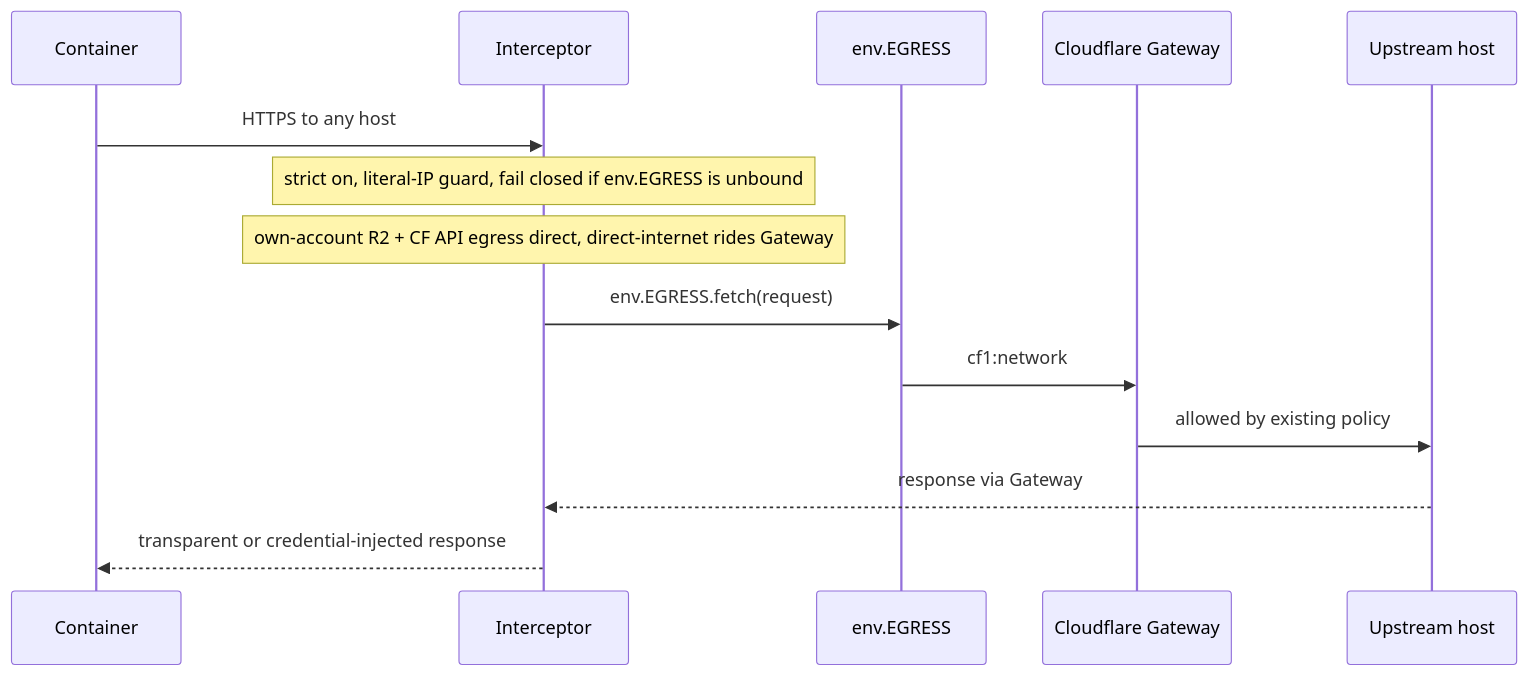
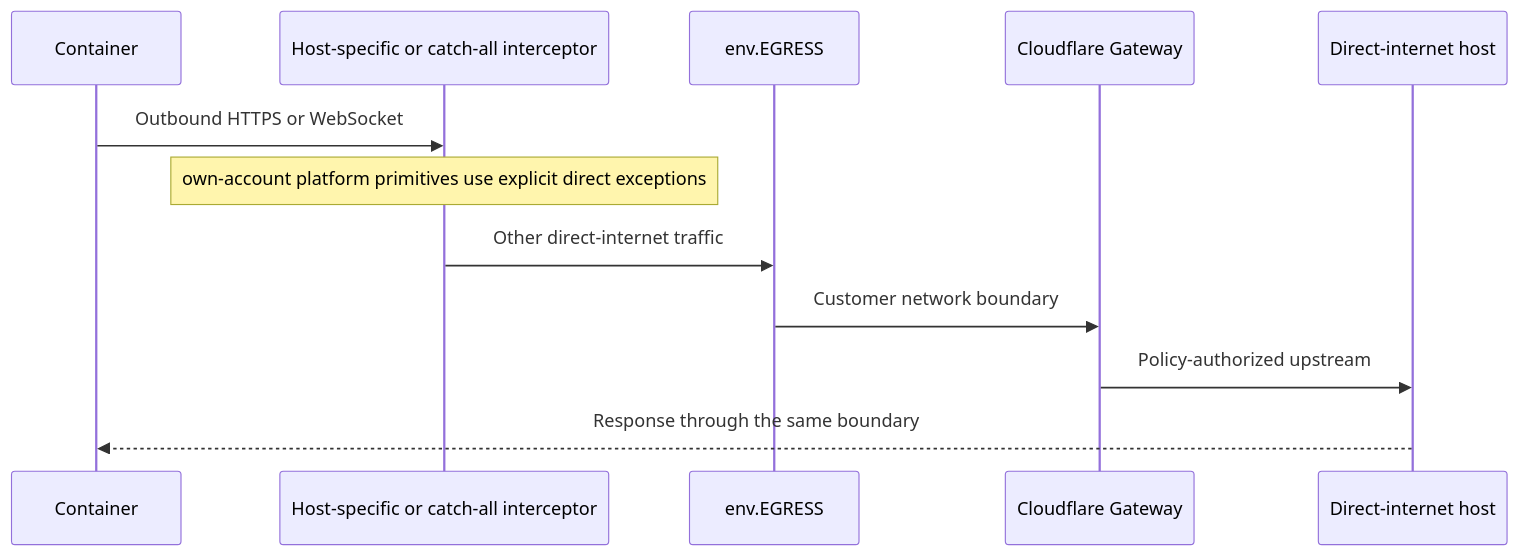
Before and after one commit to nikolanovoselec/codeflare: the ninth of 10 diagrams in documentation/lanes/architecture.md, drawn with Mermaid. The commit also changed other lines of this file and 360 other files, not shown here.

````diff
--- a/documentation/lanes/architecture.md
+++ b/documentation/lanes/architecture.md
@@ -683,16 +588,14 @@
 ```mermaid
 sequenceDiagram
     participant C as Container
-    participant X as Interceptor
+    participant X as Host-specific or catch-all interceptor
     participant E as env.EGRESS
     participant G as Cloudflare Gateway
-    participant U as Upstream host
-    C->>X: HTTPS to any host
-    Note over X: strict on, literal-IP guard, fail closed if env.EGRESS is unbound
-    Note over X: own-account R2 + CF API egress direct, direct-internet rides Gateway
-    X->>E: env.EGRESS.fetch(request)
-    E->>G: cf1:network
-    G->>U: allowed by existing policy
-    U-->>X: response via Gateway
-    X-->>C: transparent or credential-injected response
+    participant U as Direct-internet host
+    C->>X: Outbound HTTPS or WebSocket
+    Note over X: own-account platform primitives use explicit direct exceptions
+    X->>E: Other direct-internet traffic
+    E->>G: Customer network boundary
+    G->>U: Policy-authorized upstream
+    U-->>C: Response through the same boundary
 ```
````
